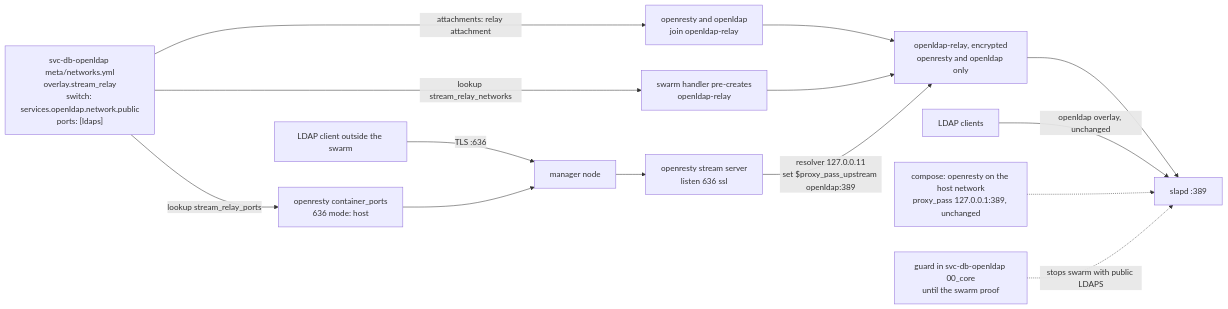
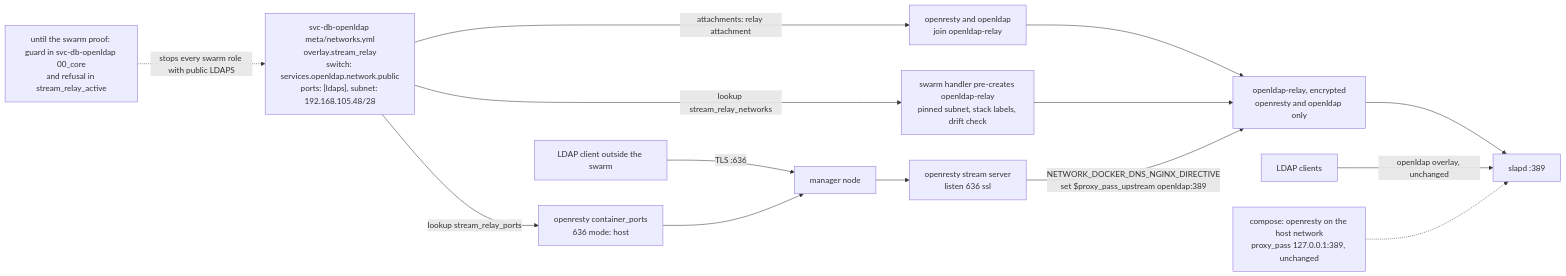
The diagram in docs/requirements/090-openldap-swarm-stream-relay.md (infinito-nexus/core), drawn with Mermaid before and after one commit. The commit also changed other lines of this file and 30 other files, not shown here.

First line of the commit message:
feat(svc-db-openldap): stream relay overlay for public LDAPS in swarm

````diff
--- a/docs/requirements/090-openldap-swarm-stream-relay.md
+++ b/docs/requirements/090-openldap-swarm-stream-relay.md
@@ -30,17 +32,17 @@
 ```mermaid
 flowchart LR
-  META["svc-db-openldap meta/networks.yml<br>overlay.stream_relay<br>switch: services.openldap.network.public<br>ports: [ldaps]"]
+  META["svc-db-openldap meta/networks.yml<br>overlay.stream_relay<br>switch: services.openldap.network.public<br>ports: [ldaps], subnet: 192.168.105.48/28"]
   META -->|"attachments: relay attachment"| NETS["openresty and openldap<br>join openldap-relay"]
   META -->|"lookup stream_relay_ports"| PORTS["openresty container_ports<br>636 mode: host"]
-  META -->|"lookup stream_relay_networks"| CREATE["swarm handler pre-creates<br>openldap-relay"]
+  META -->|"lookup stream_relay_networks"| CREATE["swarm handler pre-creates openldap-relay<br>pinned subnet, stack labels, drift check"]
   CLIENT["LDAP client outside the swarm"] -->|"TLS :636"| NODE["manager node"]
   PORTS --> NODE
   NODE --> STREAM["openresty stream server<br>listen 636 ssl"]
   NETS --> RELAY
   CREATE --> RELAY
-  STREAM -->|"resolver 127.0.0.11<br>set $proxy_pass_upstream openldap:389"| RELAY["openldap-relay, encrypted<br>openresty and openldap only"]
+  STREAM -->|"NETWORK_DOCKER_DNS_NGINX_DIRECTIVE<br>set $proxy_pass_upstream openldap:389"| RELAY["openldap-relay, encrypted<br>openresty and openldap only"]
   RELAY --> SLAPD["slapd :389"]
   CONSUMERS["LDAP clients"] -->|"openldap overlay, unchanged"| SLAPD
   COMPOSE["compose: openresty on the host network<br>proxy_pass 127.0.0.1:389, unchanged"] -.-> SLAPD
-  GUARD["guard in svc-db-openldap 00_core<br>until the swarm proof"] -.->|"stops swarm with public LDAPS"| SLAPD
+  GUARD["until the swarm proof: guard in svc-db-openldap 00_core<br>and refusal in stream_relay_active"] -.->|"stops every swarm role with public LDAPS"| META
 ```
````
